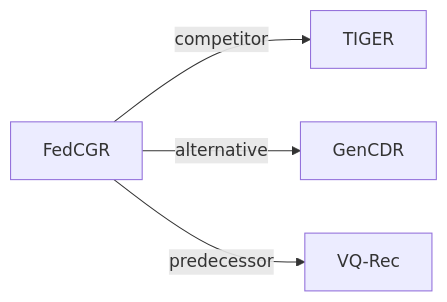
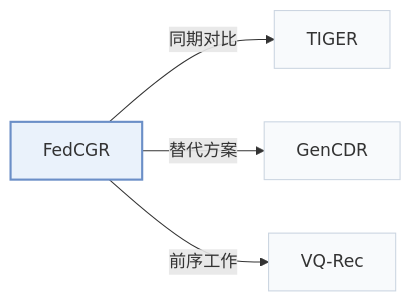
One commit to Galaxy-ghost/Awesome-SID-Generative-Rec changed the second of 2 diagrams in pages/zh/papers/fedcgr.md. Above: the diagram before and after it, drawn with Mermaid. The commit also changed other lines of this file and 649 other files, not shown here.

Commit message:
writer-05: also tags and modality index (schema, check, build, visuals); summary field removed; calibration data for 12 papers

````diff
--- a/pages/zh/papers/fedcgr.md
+++ b/pages/zh/papers/fedcgr.md
@@ -68,7 +74,11 @@
 ```mermaid
 flowchart LR
     P["FedCGR"]
-    P -->|competitor| A["TIGER"]
-    P -->|alternative| B["GenCDR"]
-    P -->|predecessor| C["VQ-Rec"]
+    P -->|"同期对比"| A["TIGER"]
+    P -->|"替代方案"| B["GenCDR"]
+    P -->|"前序工作"| C["VQ-Rec"]
+    classDef main fill:#eaf2fb,stroke:#6b8fc7,stroke-width:2px
+    classDef peer fill:#f8fafc,stroke:#cbd5e1
+    class P main
+    class A,B,C peer
 ```
````
